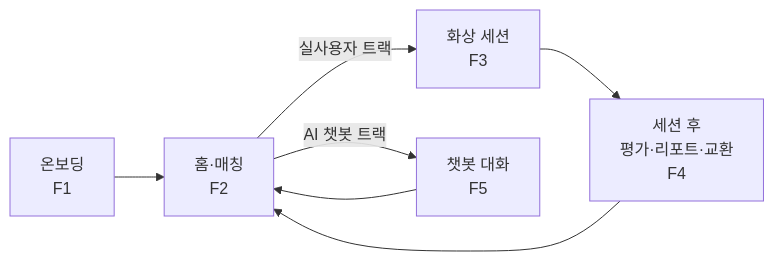
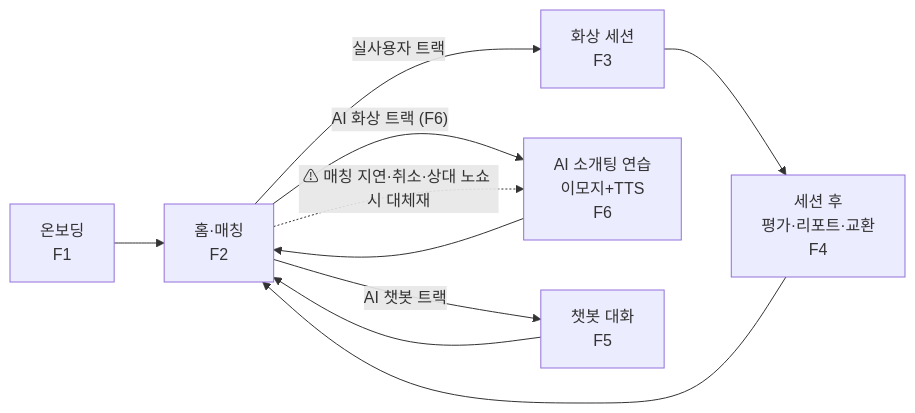
Before and after one commit to nenini/tikitaka: the first of 7 diagrams in 기획산출물/유저플로우.md, drawn with Mermaid. The commit also changed other lines of this file, not shown here.

Commit message:
(S15P11A307-236):유저플로우 수정

````diff
--- a/기획산출물/유저플로우.md
+++ b/기획산출물/유저플로우.md
@@ -13,9 +22,12 @@
 ```mermaid
 flowchart LR
     A[온보딩<br/>F1] --> B[홈·매칭<br/>F2]
     B -->|실사용자 트랙| C[화상 세션<br/>F3]
+    B -->|"AI 화상 트랙 (F6)"| F["AI 소개팅 연습<br/>이모지+TTS<br/>F6"]
     B -->|AI 챗봇 트랙| E[챗봇 대화<br/>F5]
     C --> D[세션 후<br/>평가·리포트·교환<br/>F4]
     D --> B
     E --> B
+    F --> B
+    B -.->|"⚠ 매칭 지연·취소·상대 노쇼 시 대체재"| F
 ```
````
